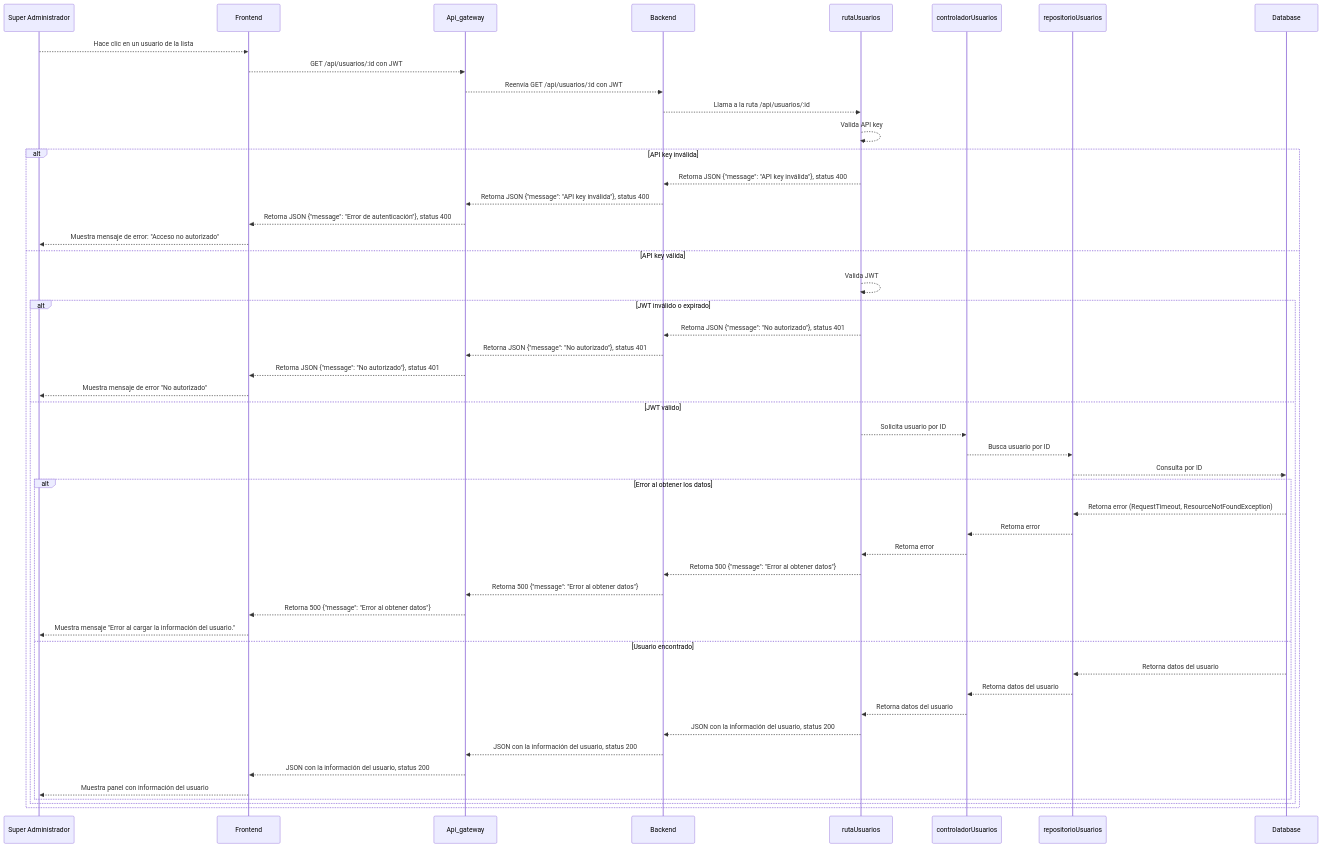
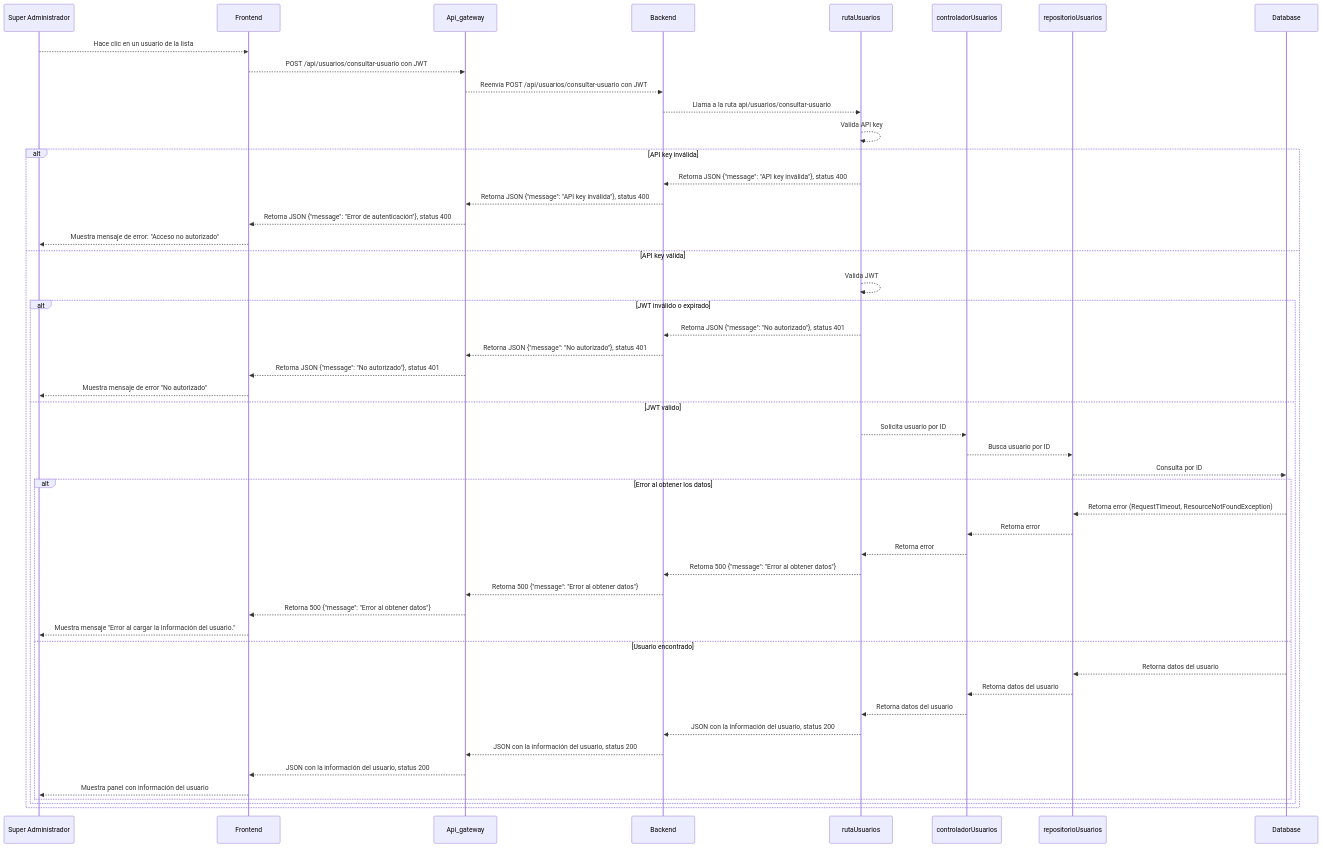
The diagram in documentation/docs/proyectos/textiles/documentacion/requisitos/RF3.md (CodeAnd-Co/Documentacion), drawn with Mermaid before and after one commit. The commit also changed 2 other files, not shown here.

Commit message:
fix: correciones de diagramas de secuencia

````diff
--- a/documentation/docs/proyectos/textiles/documentacion/requisitos/RF3.md
+++ b/documentation/docs/proyectos/textiles/documentacion/requisitos/RF3.md
@@ -38,56 +38,56 @@
 ```mermaid
 sequenceDiagram
 participant SuperAdmin as Super Administrador
 participant Frontend
 participant Api_gateway
 participant Backend
 participant rutaUsuarios
 participant controladorUsuarios
 participant repositorioUsuarios
 participant Database
 
 
 SuperAdmin -->> Frontend: Hace clic en un usuario de la lista
-Frontend -->> Api_gateway: GET /api/usuarios/:id con JWT
-Api_gateway -->> Backend: Reenvía GET /api/usuarios/:id con JWT
-Backend -->> rutaUsuarios: Llama a la ruta /api/usuarios/:id
+Frontend -->> Api_gateway: POST /api/usuarios/consultar-usuario con JWT
+Api_gateway -->> Backend: Reenvía POST /api/usuarios/consultar-usuario con JWT
+Backend -->> rutaUsuarios: Llama a la ruta api/usuarios/consultar-usuario
 rutaUsuarios -->> rutaUsuarios: Valida API key
 
 alt API key inválida
     rutaUsuarios -->> Backend: Retorna JSON {"message": "API key inválida"}, status 400
     Backend -->> Api_gateway: Retorna JSON {"message": "API key inválida"}, status 400
     Api_gateway -->> Frontend: Retorna JSON {"message": "Error de autenticación"}, status 400
     Frontend -->> SuperAdmin: Muestra mensaje de error: "Acceso no autorizado"
 else API key válida
     rutaUsuarios -->> rutaUsuarios: Valida JWT
 
     alt JWT inválido o expirado
         rutaUsuarios -->> Backend: Retorna JSON {"message": "No autorizado"}, status 401
         Backend -->> Api_gateway: Retorna JSON {"message": "No autorizado"}, status 401
         Api_gateway -->> Frontend: Retorna JSON {"message": "No autorizado"}, status 401
         Frontend -->> SuperAdmin: Muestra mensaje de error "No autorizado"
     else JWT válido
         rutaUsuarios -->> controladorUsuarios: Solicita usuario por ID
         controladorUsuarios -->> repositorioUsuarios: Busca usuario por ID
         repositorioUsuarios -->> Database: Consulta por ID
 
         alt Error al obtener los datos
             Database -->> repositorioUsuarios: Retorna error (RequestTimeout, ResourceNotFoundException)
             repositorioUsuarios -->> controladorUsuarios: Retorna error
             controladorUsuarios -->> rutaUsuarios: Retorna error
             rutaUsuarios -->> Backend: Retorna 500 {"message": "Error al obtener datos"}
             Backend -->> Api_gateway: Retorna 500 {"message": "Error al obtener datos"}
             Api_gateway -->> Frontend: Retorna 500 {"message": "Error al obtener datos"}
             Frontend -->> SuperAdmin: Muestra mensaje "Error al cargar la información del usuario."
         else Usuario encontrado
             Database -->> repositorioUsuarios: Retorna datos del usuario
             repositorioUsuarios -->> controladorUsuarios: Retorna datos del usuario
             controladorUsuarios -->> rutaUsuarios: Retorna datos del usuario
             rutaUsuarios -->> Backend: JSON con la información del usuario, status 200
             Backend -->> Api_gateway: JSON con la información del usuario, status 200
             Api_gateway -->> Frontend: JSON con la información del usuario, status 200
             Frontend -->> SuperAdmin: Muestra panel con información del usuario
         end
     end
 end
 ```
````
